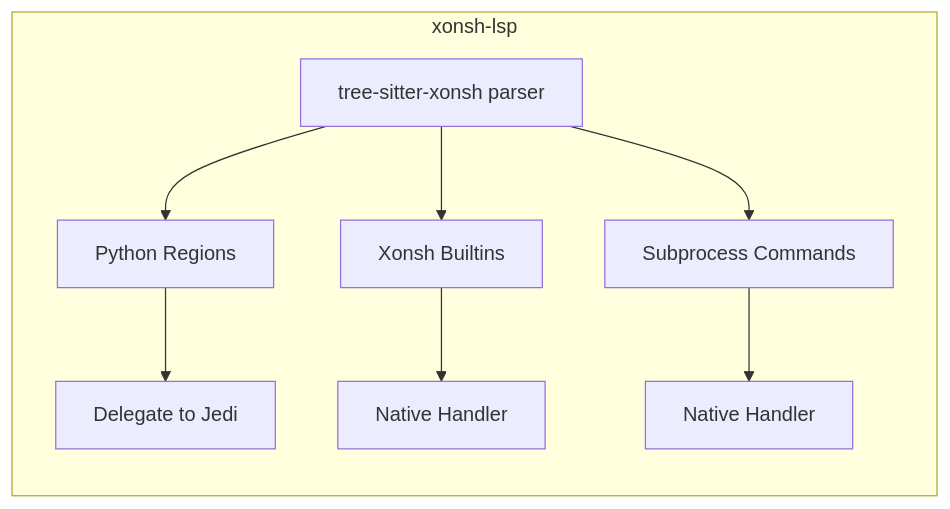
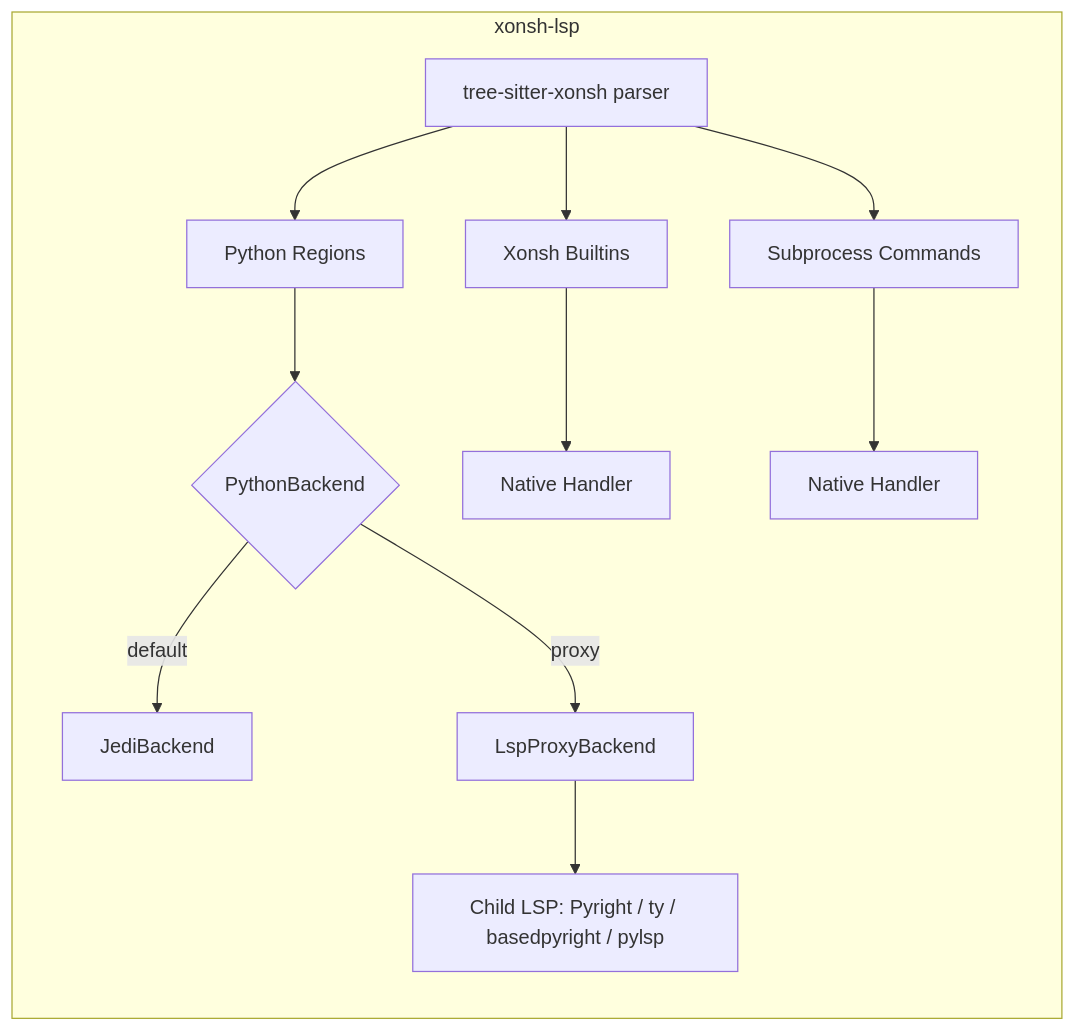
Before and after one commit to FoamScience/xonsh-language-server: the diagram in README.md, drawn with Mermaid. The commit also changed other lines of this file, not shown here.

````diff
--- a/README.md
+++ b/README.md
@@ -138,14 +249,17 @@
 ```mermaid
 flowchart RL
     subgraph xonsh-lsp
         parser[tree-sitter-xonsh parser]
 
         parser --> python[Python Regions]
         parser --> xonsh[Xonsh Builtins]
         parser --> subprocess[Subprocess Commands]
 
-        python --> jedi[Delegate to Jedi]
+        python --> backend{PythonBackend}
+        backend -->|default| jedi[JediBackend]
+        backend -->|proxy| proxy[LspProxyBackend]
+        proxy --> child[Child LSP: Pyright / ty / basedpyright / pylsp]
         xonsh --> native1[Native Handler]
         subprocess --> native2[Native Handler]
     end
 ```
````
